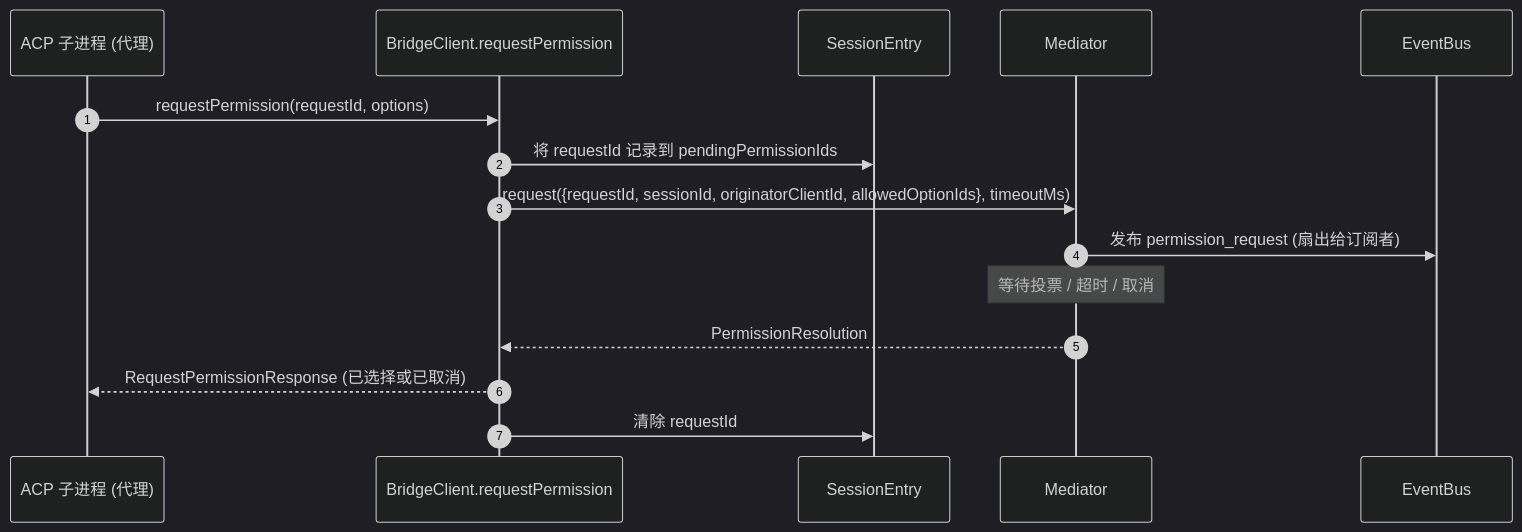
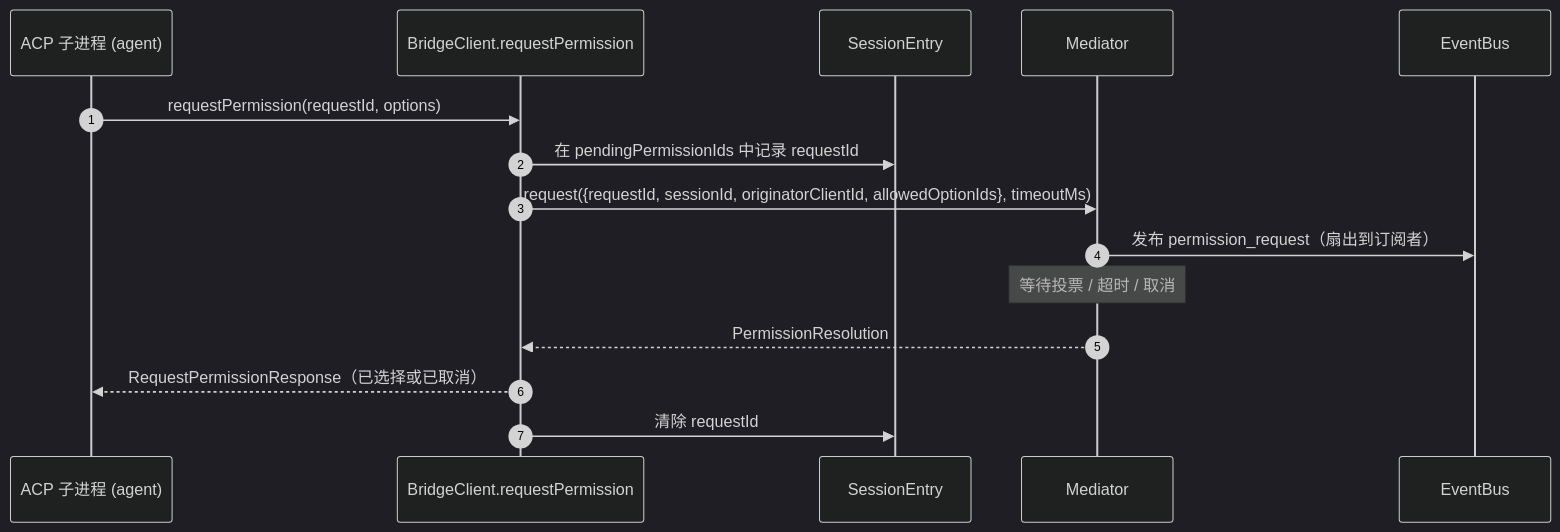
The third of 4 diagrams in website/content/zh/developers/daemon/03-acp-bridge.md (QwenLM/qwen-code-docs), drawn with Mermaid (dark theme) before and after one commit. The commit also changed other lines of this file and 162 other files, not shown here.

````diff
--- a/website/content/zh/developers/daemon/03-acp-bridge.md
+++ b/website/content/zh/developers/daemon/03-acp-bridge.md
@@ -122,18 +122,18 @@
 ```mermaid
 sequenceDiagram
     autonumber
-    participant ACP as ACP 子进程 (代理)
+    participant ACP as ACP 子进程 (agent)
     participant BC as BridgeClient.requestPermission
     participant E as SessionEntry
     participant M as Mediator
     participant EB as EventBus
 
     ACP->>BC: requestPermission(requestId, options)
-    BC->>E: 将 requestId 记录到 pendingPermissionIds
+    BC->>E: 在 pendingPermissionIds 中记录 requestId
     BC->>M: request({requestId, sessionId, originatorClientId, allowedOptionIds}, timeoutMs)
-    M->>EB: 发布 permission_request (扇出给订阅者)
+    M->>EB: 发布 permission_request（扇出到订阅者）
     Note over M: 等待投票 / 超时 / 取消
     M-->>BC: PermissionResolution
-    BC-->>ACP: RequestPermissionResponse (已选择或已取消)
+    BC-->>ACP: RequestPermissionResponse（已选择或已取消）
     BC->>E: 清除 requestId
 ```
````
